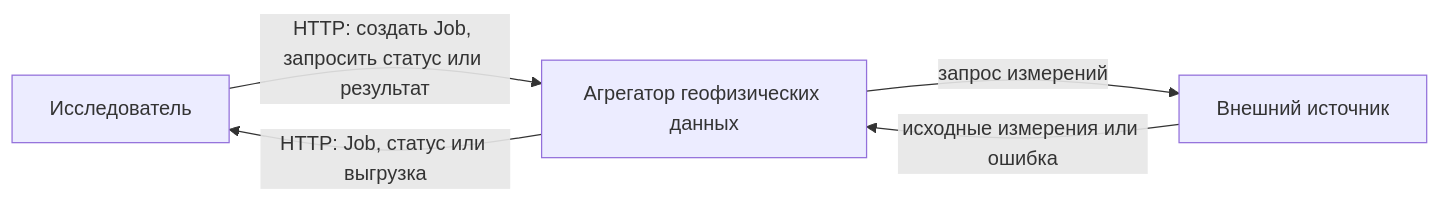
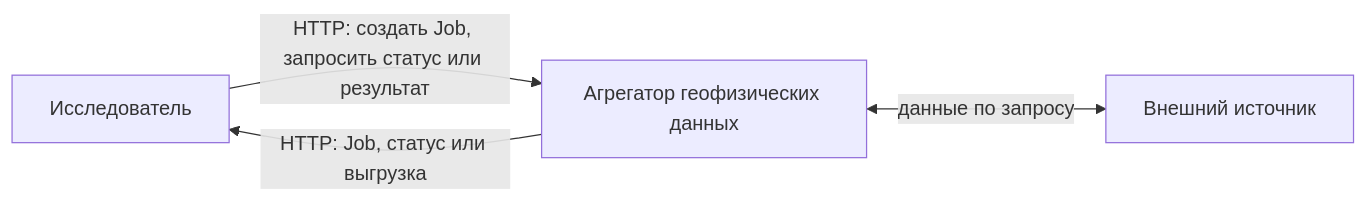
The first of 3 diagrams in architecture.md (NaVi-4oK/team-amd), drawn with Mermaid before and after one commit. The commit also changed other lines of this file, not shown here.

````diff
--- a/architecture.md
+++ b/architecture.md
@@ -9,7 +9,6 @@
 ```mermaid
 flowchart LR
     researcher[Исследователь] -->|HTTP: создать Job, запросить статус или результат| aggregator[Агрегатор геофизических данных]
     aggregator -->|HTTP: Job, статус или выгрузка| researcher
-    aggregator -->|запрос измерений| source[Внешний источник]
-    source -->|исходные измерения или ошибка| aggregator
+    aggregator <-->|данные по запросу| source[Внешний источник]
 ```
````
